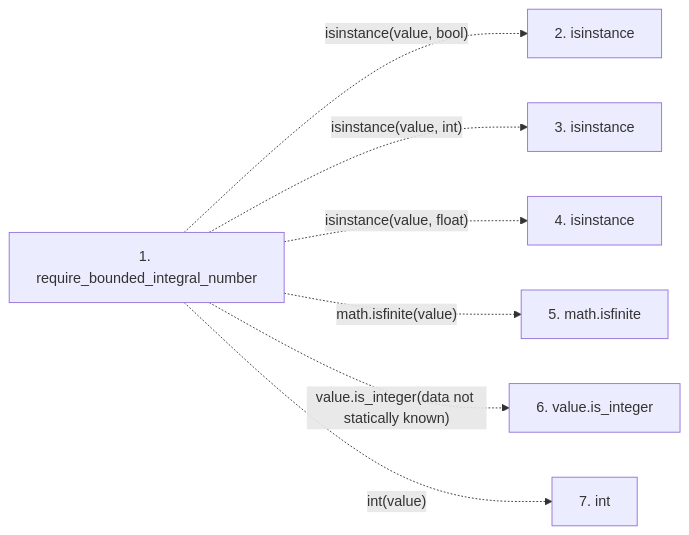
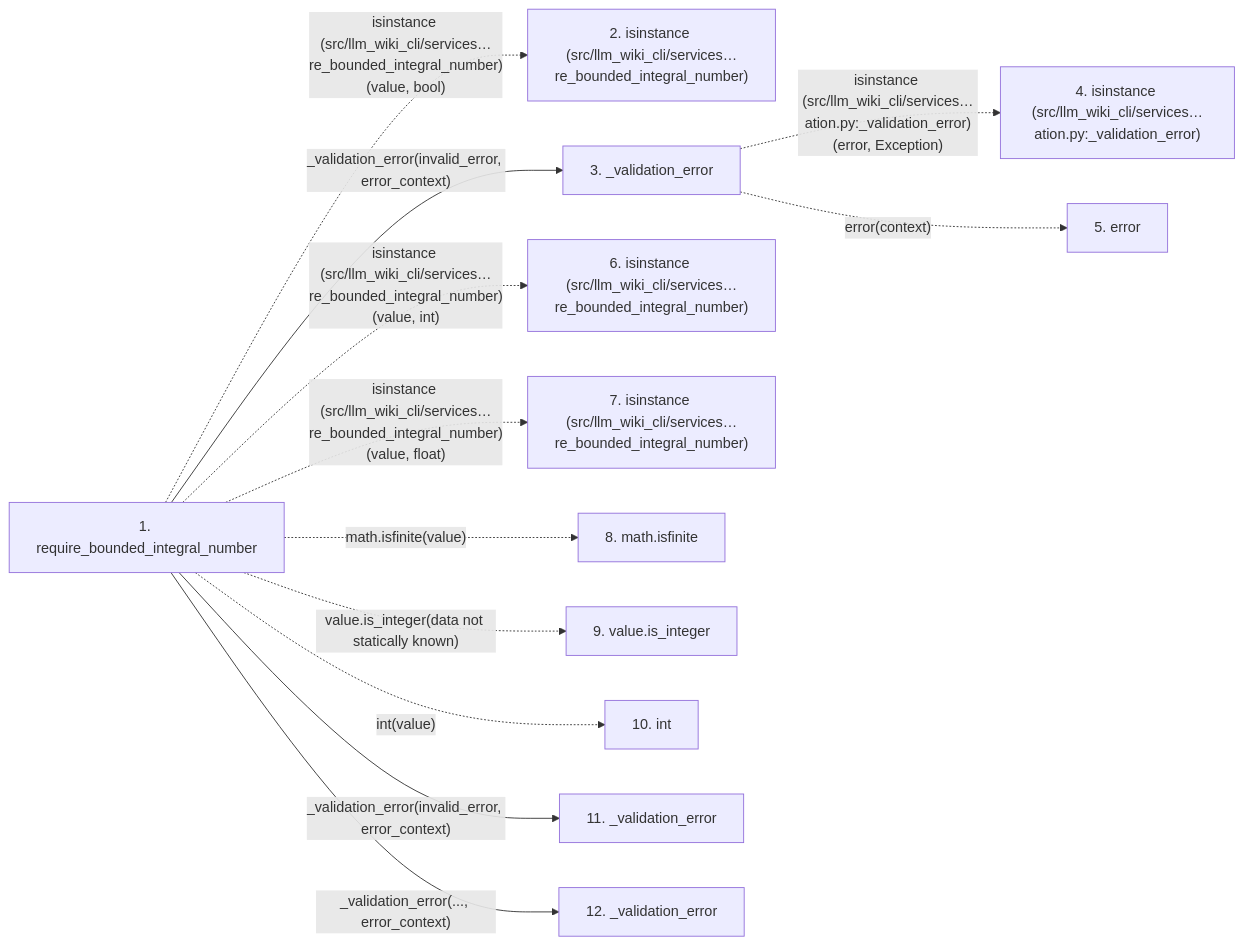
The second of 2 diagrams in docs/llm_wiki/flows/api-require_bounded_integral_number.md (Denissvgn/python-wiki-llm), drawn with Mermaid before and after one commit. The commit also changed other lines of this file and 627 other files, not shown here.

````diff
--- a/docs/llm_wiki/flows/api-require_bounded_integral_number.md
+++ b/docs/llm_wiki/flows/api-require_bounded_integral_number.md
@@ -44,17 +53,30 @@
 ```mermaid
 flowchart LR
     s1["1. require_bounded_integral_number"]
-    s2["2. isinstance"]
-    s3["3. isinstance"]
-    s4["4. isinstance"]
-    s5["5. math.isfinite"]
-    s6["6. value.is_integer"]
-    s7["7. int"]
-    s1 -. "isinstance(value, bool)" .-> s2
-    s1 -. "isinstance(value, int)" .-> s3
-    s1 -. "isinstance(value, float)" .-> s4
-    s1 -. "math.isfinite(value)" .-> s5
-    s1 -. "value.is_integer(data not statically known)" .-> s6
-    s1 -. "int(value)" .-> s7
+    s2["2. isinstance (src/llm_wiki_cli/services…re_bounded_integral_number)"]
+    s3["3. _validation_error"]
+    s4["4. isinstance (src/llm_wiki_cli/services…ation.py:_validation_error)"]
+    s5["5. error"]
+    s6["6. isinstance (src/llm_wiki_cli/services…re_bounded_integral_number)"]
+    s7["7. isinstance (src/llm_wiki_cli/services…re_bounded_integral_number)"]
+    s8["8. math.isfinite"]
+    s9["9. value.is_integer"]
+    s10["10. int"]
+    s11["11. _validation_error"]
+    s12["12. _validation_error"]
+    s1 -. "isinstance (src/llm_wiki_cli/services…re_bounded_integral_number)(value, bool)" .-> s2
+    s1 -->|"_validation_error(invalid_error, error_context)"| s3
+    s3 -. "isinstance (src/llm_wiki_cli/services…ation.py:_validation_error)(error, Exception)" .-> s4
+    s3 -. "error(context)" .-> s5
+    s1 -. "isinstance (src/llm_wiki_cli/services…re_bounded_integral_number)(value, int)" .-> s6
+    s1 -. "isinstance (src/llm_wiki_cli/services…re_bounded_integral_number)(value, float)" .-> s7
+    s1 -. "math.isfinite(value)" .-> s8
+    s1 -. "value.is_integer(data not statically known)" .-> s9
+    s1 -. "int(value)" .-> s10
+    s1 -->|"_validation_error(invalid_error, error_context)"| s11
+    s1 -->|"_validation_error(..., error_context)"| s12
     click s1 "../modules/validation.md"
+    click s3 "../modules/validation.md"
+    click s11 "../modules/validation.md"
+    click s12 "../modules/validation.md"
 ```
````
